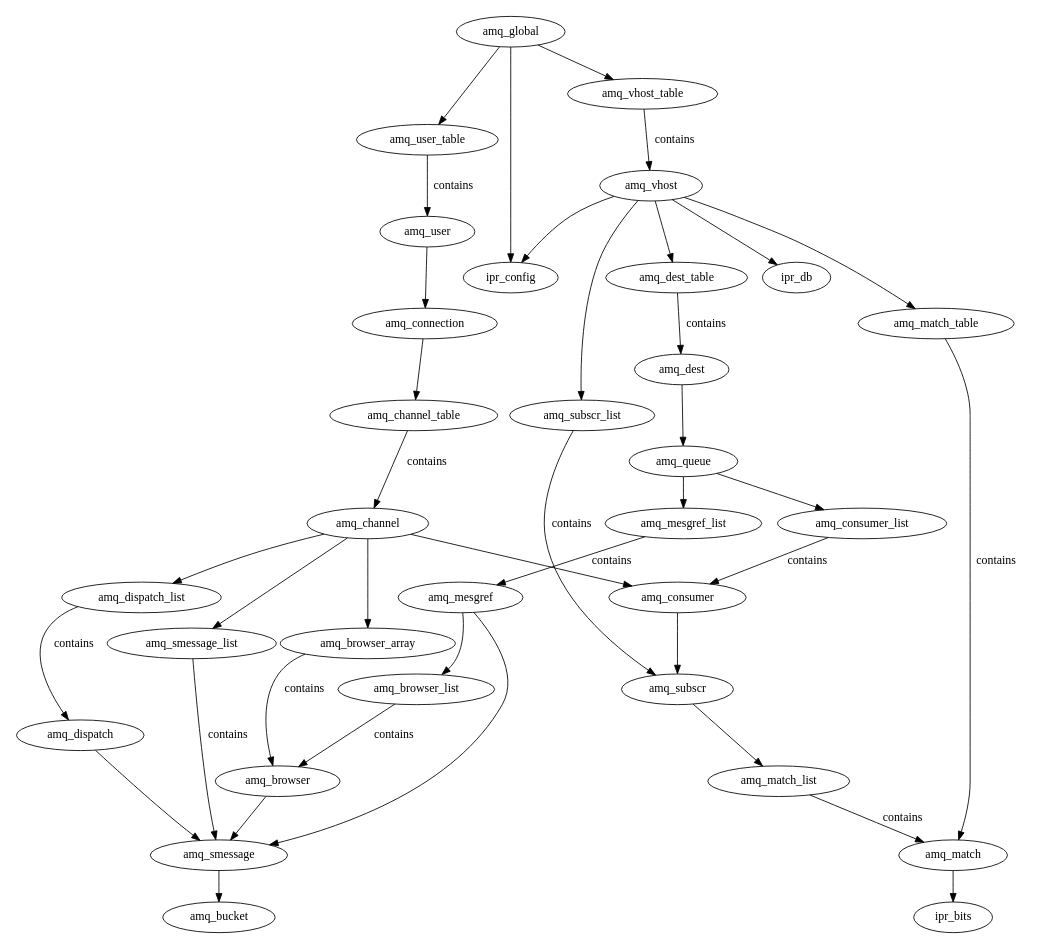
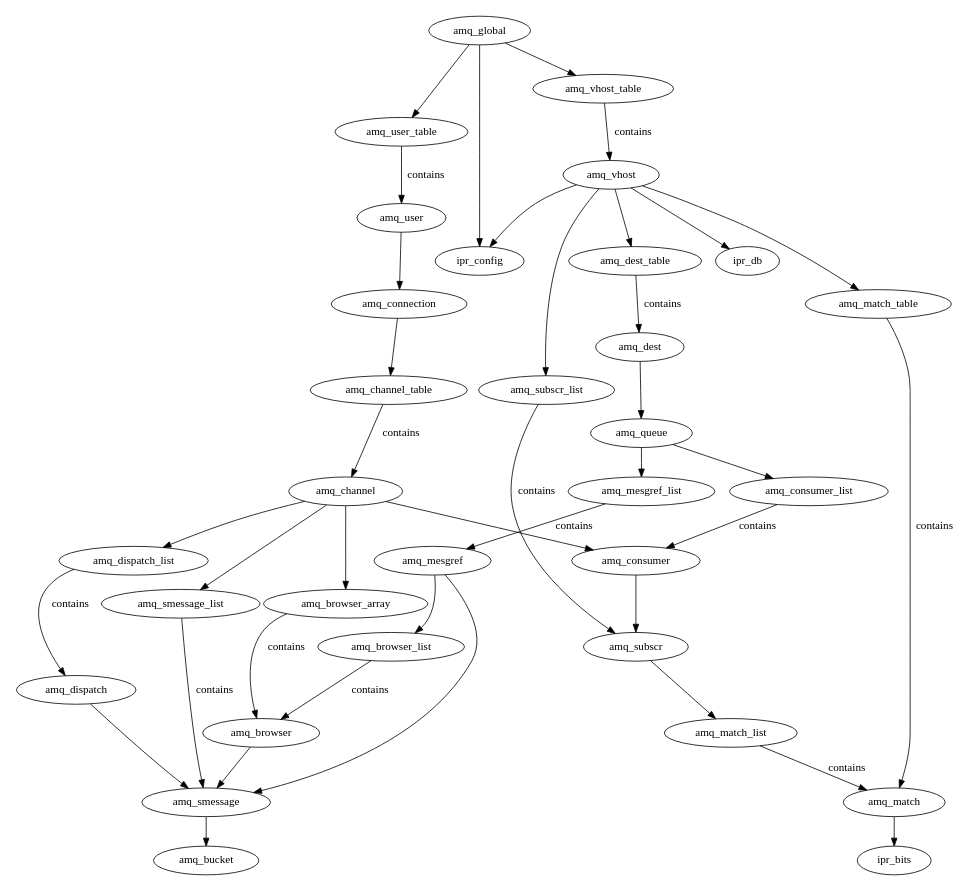
One commit to imatix/openamq changed the diagram in doc/server_classes.dot. Above: the diagram before and after it, drawn with Graphviz. The commit also changed 9 other files, not shown here.

```diff
--- a/doc/server_classes.dot
+++ b/doc/server_classes.dot
@@ -1,42 +1,43 @@
 //  Build using dot
 digraph {
-    size = "8,12";
+    size = "7.5,12";
+    center = 1;
     amq_browser             -> amq_smessage;
     amq_browser_array       -> amq_browser  [label = "contains"];
     amq_browser_list        -> amq_browser  [label = "contains"];
     amq_channel             -> amq_dispatch_list;
     amq_channel             -> amq_smessage_list;
     amq_channel             -> amq_consumer;
     amq_channel             -> amq_browser_array;
     amq_channel_table       -> amq_channel  [label = "contains"];
     amq_connection          -> amq_channel_table;
     amq_consumer            -> amq_subscr;
     amq_consumer_list       -> amq_consumer [label = "contains"];
     amq_dest                -> amq_queue;
     amq_dest_table          -> amq_dest     [label = "contains"];
     amq_dispatch            -> amq_smessage;
     amq_dispatch_list       -> amq_dispatch [label = "contains"];
     amq_global              -> amq_user_table;
     amq_global              -> amq_vhost_table;
     amq_global              -> ipr_config;
     amq_match               -> ipr_bits;
     amq_match_list          -> amq_match    [label = "contains"];
     amq_match_table         -> amq_match    [label = "contains"];
     amq_mesgref             -> amq_smessage;
     amq_mesgref             -> amq_browser_list;
     amq_mesgref_list        -> amq_mesgref  [label = "contains"];
     amq_queue               -> amq_consumer_list;
     amq_queue               -> amq_mesgref_list;
     amq_smessage            -> amq_bucket;
     amq_smessage_list       -> amq_smessage [label = "contains"];
     amq_subscr              -> amq_match_list;
     amq_subscr_list         -> amq_subscr   [label = "contains"];
     amq_user_table          -> amq_user     [label = "contains"];
     amq_user                -> amq_connection;
     amq_vhost               -> ipr_db;
     amq_vhost               -> ipr_config;
     amq_vhost               -> amq_dest_table;
     amq_vhost               -> amq_subscr_list;
     amq_vhost               -> amq_match_table;
     amq_vhost_table         -> amq_vhost    [label = "contains"];
 }
```
